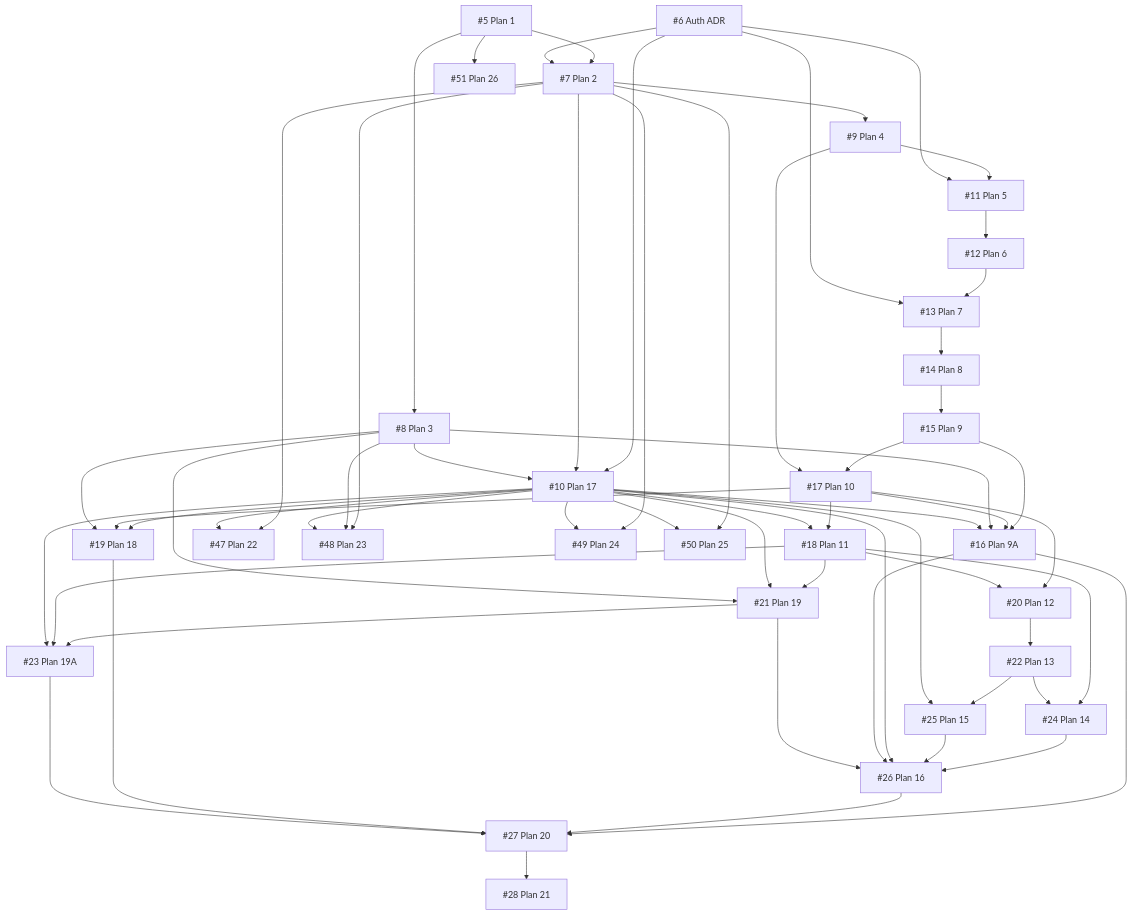
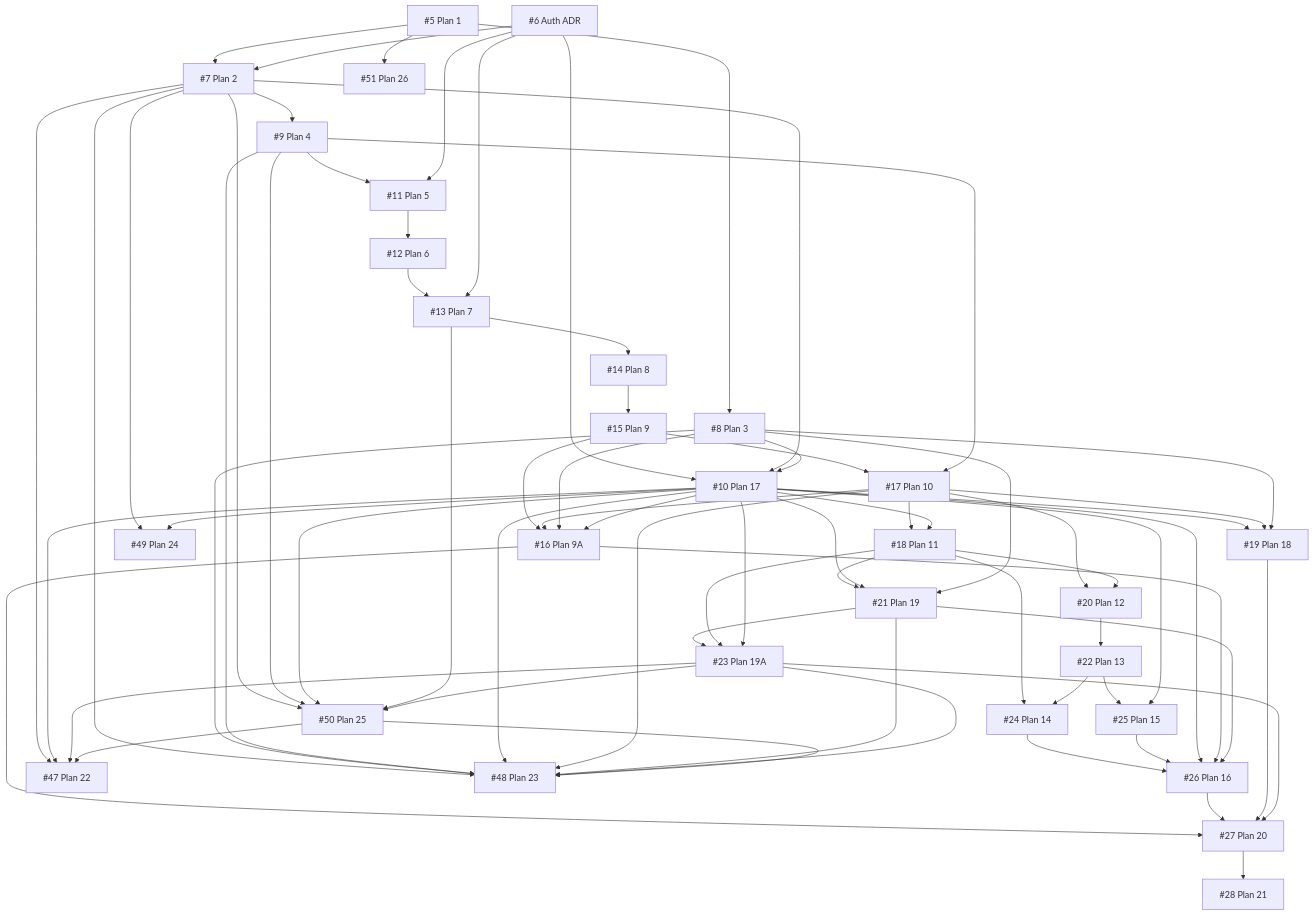
The diagram in docs/INITIAL_ISSUES.md (TomokiAkiyama06/server-sentinel), drawn with Mermaid before and after one commit. The commit also changed other lines of this file, not shown here.

````diff
--- a/docs/INITIAL_ISSUES.md
+++ b/docs/INITIAL_ISSUES.md
@@ -141,12 +141,22 @@
   i27 --> i28
   i7 --> i47
   i10 --> i47
+  i23 --> i47
+  i50 --> i47
   i7 --> i48
   i8 --> i48
+  i9 --> i48
   i10 --> i48
+  i17 --> i48
+  i21 --> i48
+  i23 --> i48
+  i50 --> i48
   i7 --> i49
   i10 --> i49
   i7 --> i50
+  i9 --> i50
   i10 --> i50
+  i13 --> i50
+  i23 --> i50
   i5 --> i51
 ```
````
